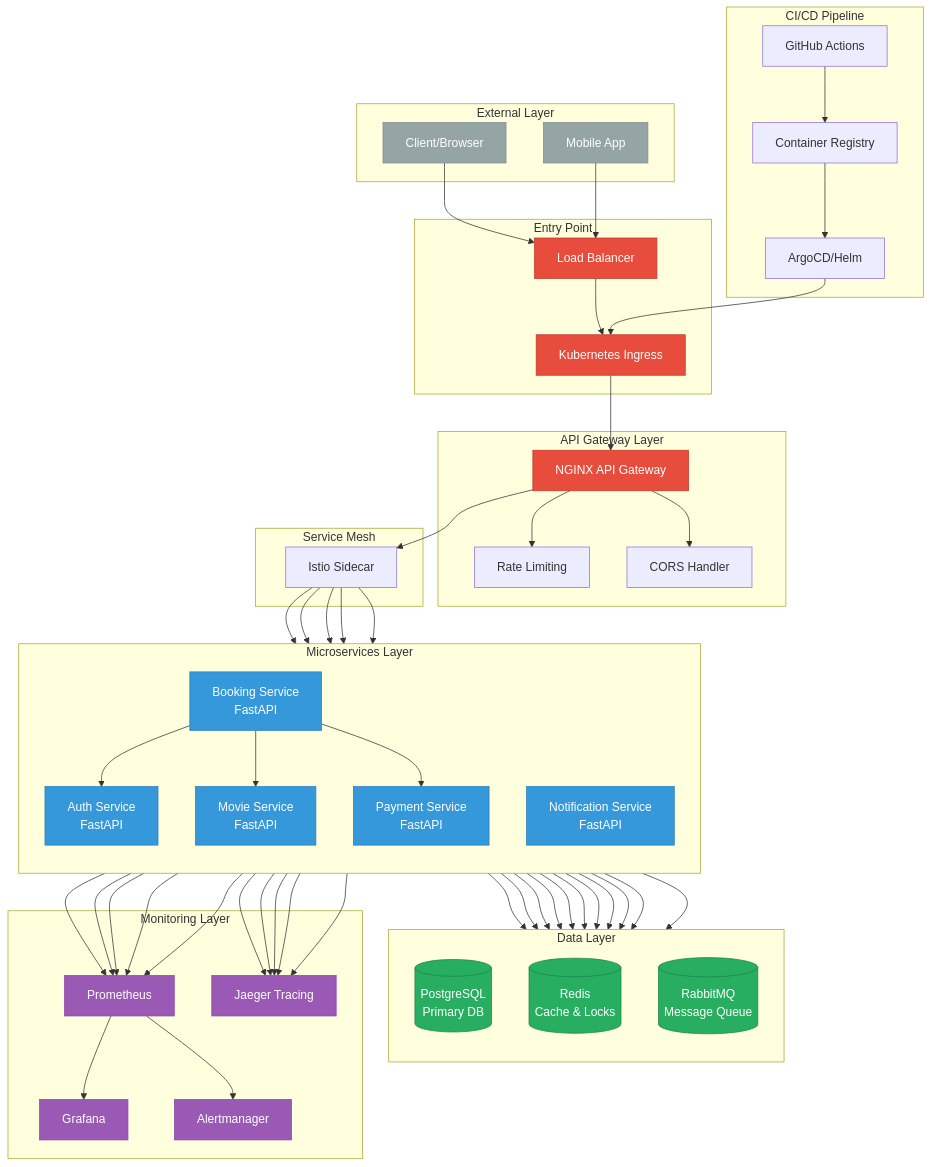
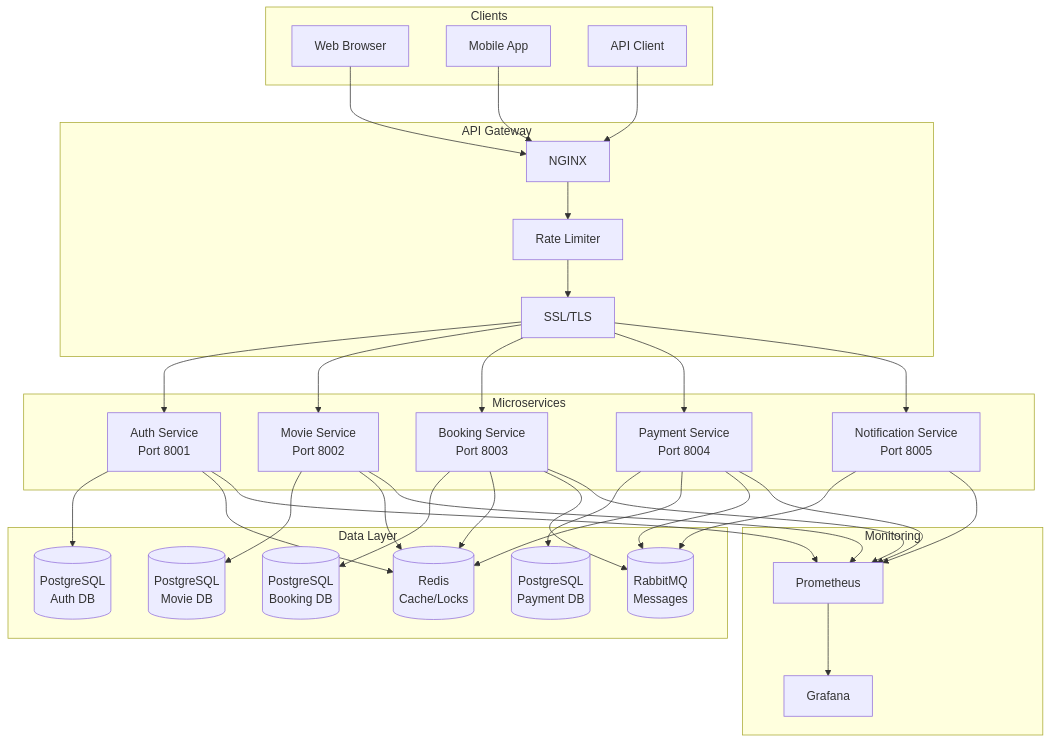
One commit to aduoke33/UDPT_CSE702063-1-2-25_N01_Group_9 changed the diagram in docs/diagrams/architecture.mmd. Above: the diagram before and after it, drawn with Mermaid. The commit also changed 11 other files, not shown here.

```diff
--- a/docs/diagrams/architecture.mmd
+++ b/docs/diagrams/architecture.mmd
@@ -1,109 +1,70 @@
 graph TB
-    subgraph "External Layer"
-        Client[Client/Browser]
+    subgraph Clients["Clients"]
+        Web[Web Browser]
         Mobile[Mobile App]
+        API[API Client]
     end
 
-    subgraph "Entry Point"
-        LB[Load Balancer]
-        Ingress[Kubernetes Ingress]
+    subgraph Gateway["API Gateway"]
+        NGINX[NGINX]
+        RL[Rate Limiter]
+        SSL[SSL/TLS]
     end
 
-    subgraph "API Gateway Layer"
-        GW[NGINX API Gateway]
-        RateLimit[Rate Limiting]
-        CORS[CORS Handler]
+    subgraph Services["Microservices"]
+        AUTH[Auth Service<br/>Port 8001]
+        MOVIE[Movie Service<br/>Port 8002]
+        BOOKING[Booking Service<br/>Port 8003]
+        PAYMENT[Payment Service<br/>Port 8004]
+        NOTIFY[Notification Service<br/>Port 8005]
     end
 
-    subgraph "Service Mesh"
-        Istio[Istio Sidecar]
+    subgraph Data["Data Layer"]
+        PG_AUTH[(PostgreSQL<br/>Auth DB)]
+        PG_MOVIE[(PostgreSQL<br/>Movie DB)]
+        PG_BOOKING[(PostgreSQL<br/>Booking DB)]
+        PG_PAYMENT[(PostgreSQL<br/>Payment DB)]
+        REDIS[(Redis<br/>Cache/Locks)]
+        RABBIT[(RabbitMQ<br/>Messages)]
     end
 
-    subgraph "Microservices Layer"
-        direction TB
-        AS[Auth Service<br/>FastAPI]
-        MS[Movie Service<br/>FastAPI]
-        BS[Booking Service<br/>FastAPI]
-        PS[Payment Service<br/>FastAPI]
-        NS[Notification Service<br/>FastAPI]
+    subgraph Monitoring["Monitoring"]
+        PROM[Prometheus]
+        GRAF[Grafana]
     end
 
-    subgraph "Data Layer"
-        direction TB
-        PG[(PostgreSQL<br/>Primary DB)]
-        Redis[(Redis<br/>Cache & Locks)]
-        RMQ[(RabbitMQ<br/>Message Queue)]
-    end
+    Web --> NGINX
+    Mobile --> NGINX
+    API --> NGINX
 
-    subgraph "Monitoring Layer"
-        Prom[Prometheus]
-        Graf[Grafana]
-        Jaeger[Jaeger Tracing]
-        Alert[Alertmanager]
-    end
+    NGINX --> RL
+    RL --> SSL
+    
+    SSL --> AUTH
+    SSL --> MOVIE
+    SSL --> BOOKING
+    SSL --> PAYMENT
+    SSL --> NOTIFY
 
-    subgraph "CI/CD Pipeline"
-        GH[GitHub Actions]
-        DockerHub[Container Registry]
-        ArgoCD[ArgoCD/Helm]
-    end
+    AUTH --> PG_AUTH
+    AUTH --> REDIS
+    
+    MOVIE --> PG_MOVIE
+    MOVIE --> REDIS
+    
+    BOOKING --> PG_BOOKING
+    BOOKING --> REDIS
+    BOOKING --> RABBIT
+    
+    PAYMENT --> PG_PAYMENT
+    PAYMENT --> REDIS
+    PAYMENT --> RABBIT
+    
+    NOTIFY --> RABBIT
 
-    %% Connections
-    Client --> LB
-    Mobile --> LB
-    LB --> Ingress
-    Ingress --> GW
-    GW --> RateLimit
-    GW --> CORS
-    
-    GW --> Istio
-    Istio --> AS
-    Istio --> MS
-    Istio --> BS
-    Istio --> PS
-    Istio --> NS
-
-    AS --> PG
-    AS --> Redis
-    MS --> PG
-    MS --> Redis
-    BS --> PG
-    BS --> Redis
-    BS --> AS
-    BS --> MS
-    BS --> PS
-    PS --> PG
-    PS --> Redis
-    PS --> RMQ
-    NS --> PG
-    NS --> RMQ
-
-    AS --> Prom
-    MS --> Prom
-    BS --> Prom
-    PS --> Prom
-    NS --> Prom
-    Prom --> Graf
-    Prom --> Alert
-
-    AS --> Jaeger
-    MS --> Jaeger
-    BS --> Jaeger
-    PS --> Jaeger
-    NS --> Jaeger
-
-    GH --> DockerHub
-    DockerHub --> ArgoCD
-    ArgoCD --> Ingress
-
-    classDef service fill:#3498db,stroke:#2980b9,color:white
-    classDef database fill:#27ae60,stroke:#1e8449,color:white
-    classDef gateway fill:#e74c3c,stroke:#c0392b,color:white
-    classDef monitoring fill:#9b59b6,stroke:#8e44ad,color:white
-    classDef external fill:#95a5a6,stroke:#7f8c8d,color:white
-
-    class AS,MS,BS,PS,NS service
-    class PG,Redis,RMQ database
-    class GW,LB,Ingress gateway
-    class Prom,Graf,Jaeger,Alert monitoring
-    class Client,Mobile external
+    AUTH --> PROM
+    MOVIE --> PROM
+    BOOKING --> PROM
+    PAYMENT --> PROM
+    NOTIFY --> PROM
+    PROM --> GRAF
```
